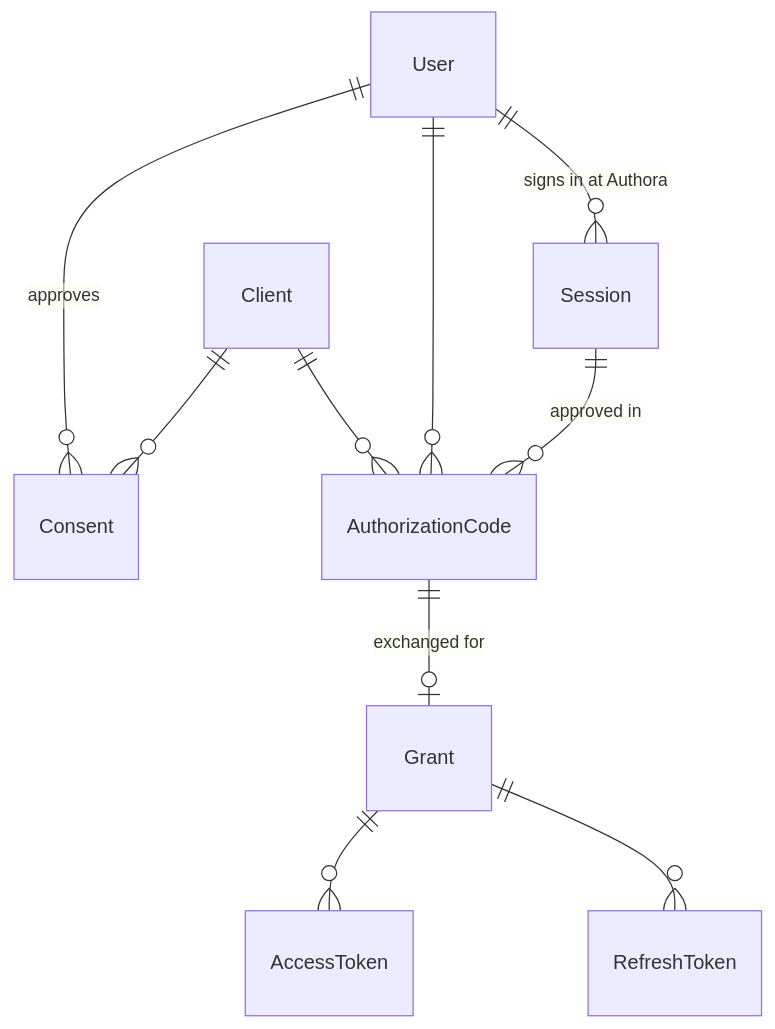
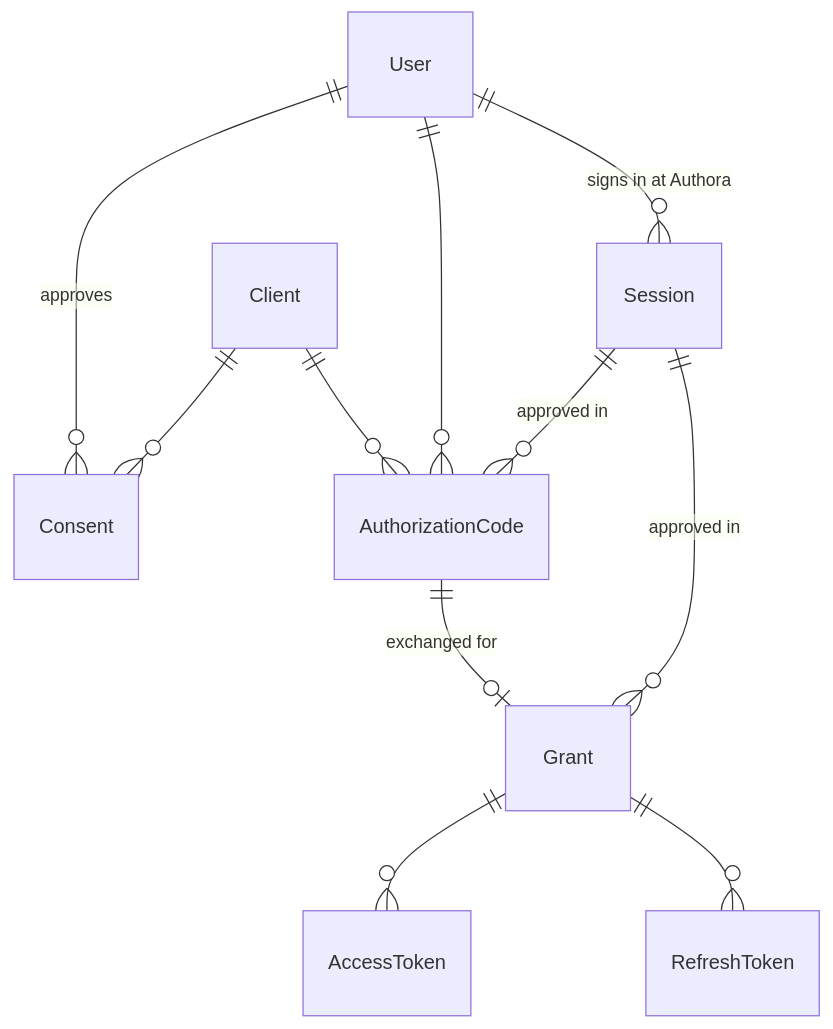
The first of 2 diagrams in docs/explanation/tokens-and-sessions.md (DuttonAlan/Authora), drawn with Mermaid before and after one commit. The commit also changed other lines of this file and 80 other files, not shown here.

````diff
--- a/docs/explanation/tokens-and-sessions.md
+++ b/docs/explanation/tokens-and-sessions.md
@@ -7,14 +7,15 @@
 ```mermaid
 erDiagram
     accTitle: Objects created when someone signs in
-    accDescr: A User has Sessions and at most one Consent per Client. A User and a Client have Authorization Codes. An Authorization Code is issued in a Session. An Authorization Code is exchanged for at most one Grant, and a Grant has Access Tokens and Refresh Tokens.
+    accDescr: A User has Sessions and at most one Consent per Client. A User and a Client have Authorization Codes. An Authorization Code is issued in a Session. An Authorization Code is exchanged for at most one Grant, which belongs to the same Session, and a Grant has Access Tokens and Refresh Tokens.
     User ||--o{ Session : "signs in at Authora"
     User ||--o{ Consent : "approves"
     Client ||--o{ Consent : ""
     Client ||--o{ AuthorizationCode : ""
     User ||--o{ AuthorizationCode : ""
     Session ||--o{ AuthorizationCode : "approved in"
     AuthorizationCode ||--o| Grant : "exchanged for"
+    Session ||--o{ Grant : "approved in"
     Grant ||--o{ AccessToken : ""
     Grant ||--o{ RefreshToken : ""
 ```
````
